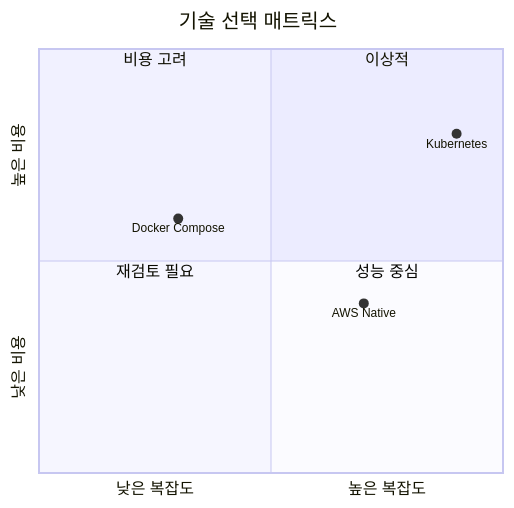
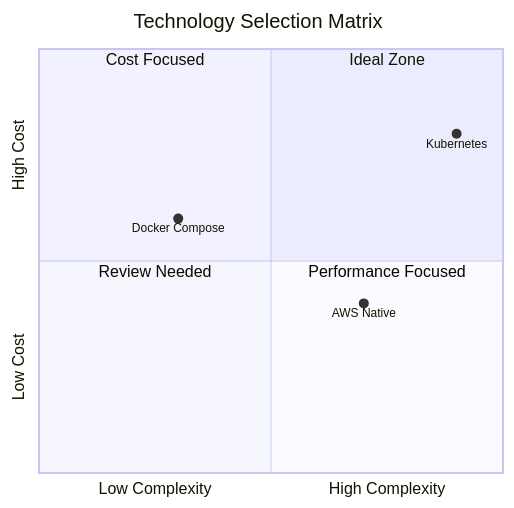
The fifth of 5 diagrams in theory/week_05/day5/session_2.md (niceguy61/kdt_devops_lecture_2025), drawn with Mermaid before and after one commit.

````diff
--- a/theory/week_05/day5/session_2.md
+++ b/theory/week_05/day5/session_2.md
@@ -477,14 +477,14 @@
 ```mermaid
 quadrantChart
-    title 기술 선택 매트릭스
-    x-axis 낮은 복잡도 --> 높은 복잡도
-    y-axis 낮은 비용 --> 높은 비용
-    quadrant-1 이상적
-    quadrant-2 비용 고려
-    quadrant-3 재검토 필요
-    quadrant-4 성능 중심
+    title Technology Selection Matrix
+    x-axis Low Complexity --> High Complexity
+    y-axis Low Cost --> High Cost
+    quadrant-1 Ideal Zone
+    quadrant-2 Cost Focused
+    quadrant-3 Review Needed
+    quadrant-4 Performance Focused
     
     Docker Compose: [0.3, 0.6]
     AWS Native: [0.7, 0.4]
     Kubernetes: [0.9, 0.8]
 ```
````
